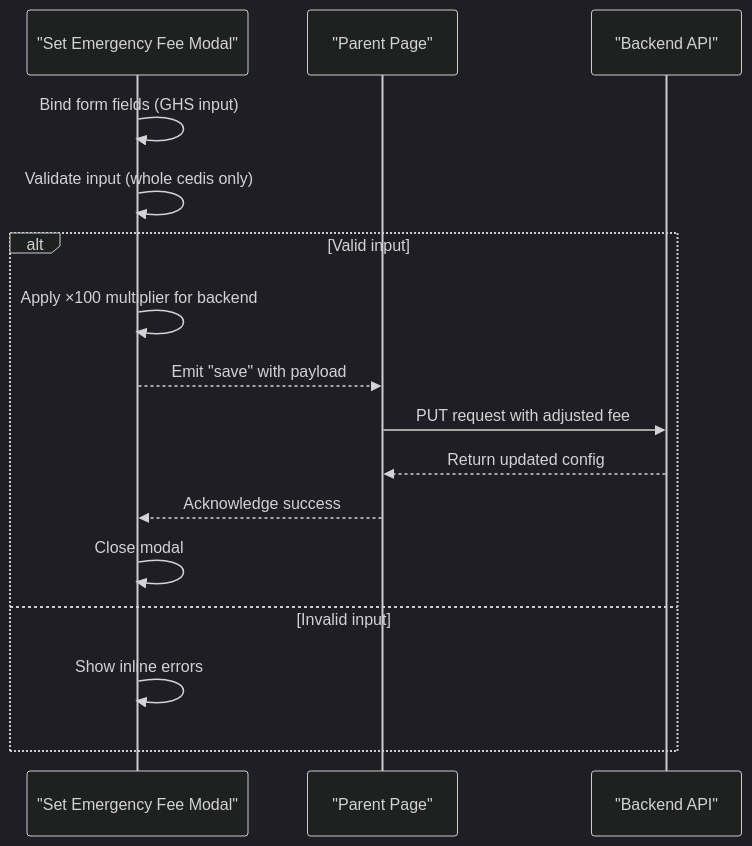
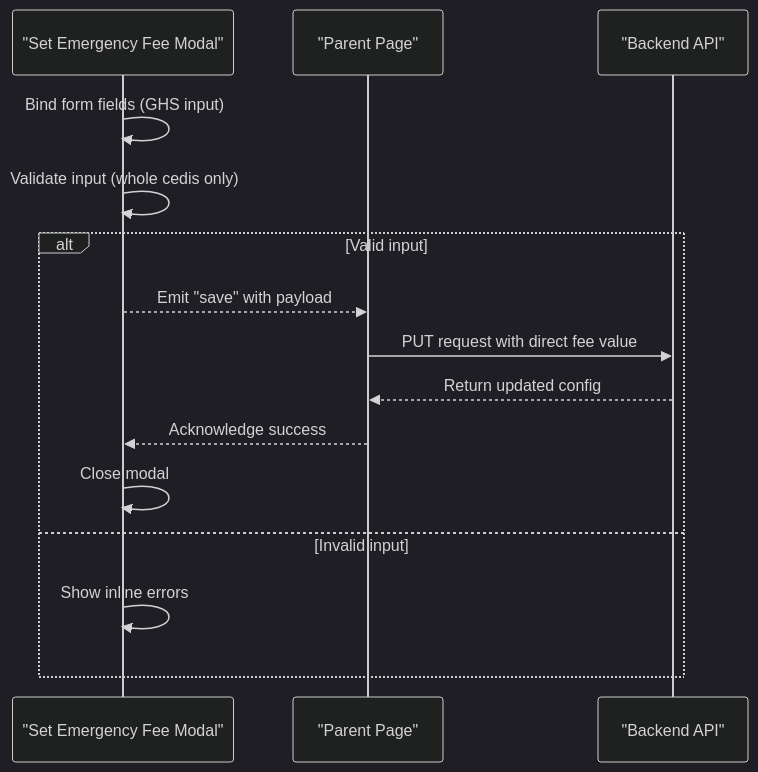
Before and after one commit to Lazynerd-Studios/lacarte-atlas-console: the fourth of 7 diagrams in .qoder/repowiki/en/content/Business Modules/Emergency Fee Management.md, drawn with Mermaid (dark theme). The commit also changed other lines of this file and 32 other files, not shown here.

````diff
--- a/.qoder/repowiki/en/content/Business Modules/Emergency Fee Management.md
+++ b/.qoder/repowiki/en/content/Business Modules/Emergency Fee Management.md
@@ -180,18 +178,17 @@
 ```mermaid
 sequenceDiagram
 participant Modal as "Set Emergency Fee Modal"
 participant Parent as "Parent Page"
 participant Backend as "Backend API"
 Modal->>Modal : Bind form fields (GHS input)
 Modal->>Modal : Validate input (whole cedis only)
 alt Valid input
-Modal->>Modal : Apply ×100 multiplier for backend
 Modal-->>Parent : Emit "save" with payload
-Parent->>Backend : PUT request with adjusted fee
+Parent->>Backend : PUT request with direct fee value
 Backend-->>Parent : Return updated config
 Parent-->>Modal : Acknowledge success
 Modal->>Modal : Close modal
 else Invalid input
 Modal->>Modal : Show inline errors
 end
 ```
````
